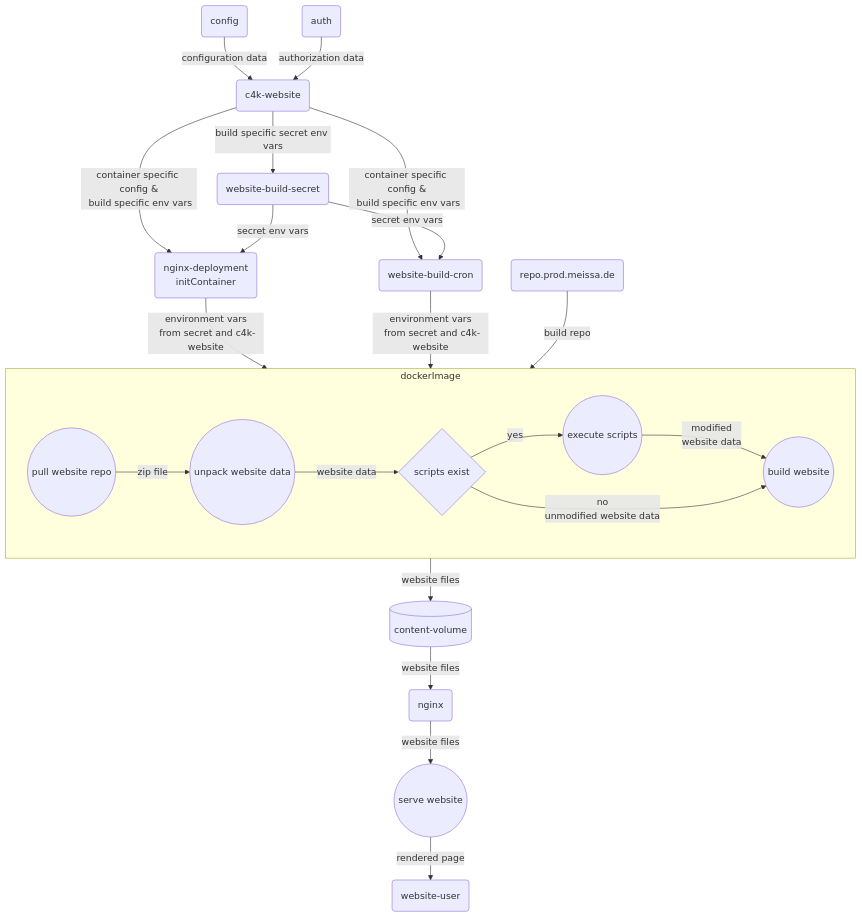
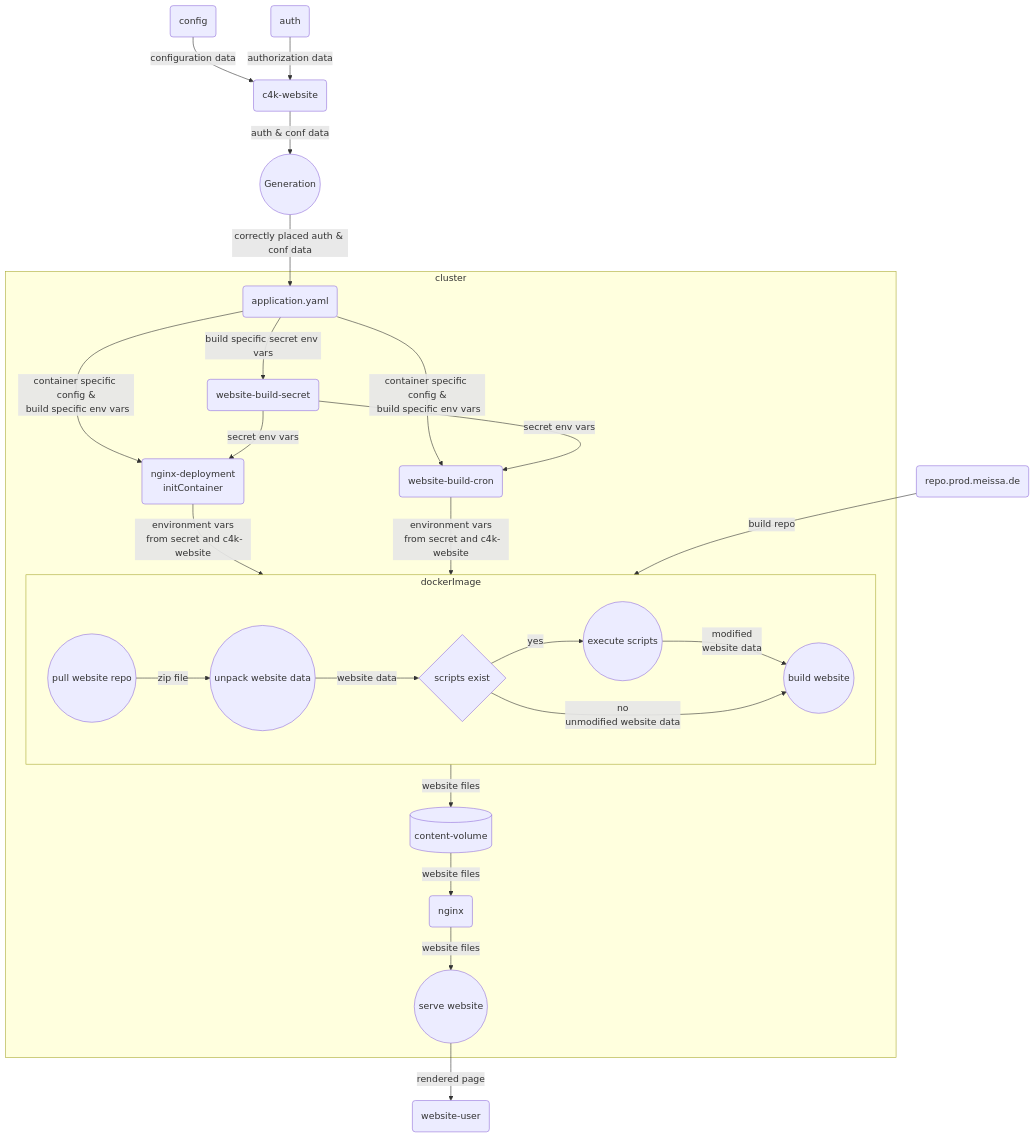
One commit to DomainDrivenArchitecture/c4k-website changed the diagram in doc/data-flow.md. Above: the diagram before and after it, drawn with Mermaid.

````diff
--- a/doc/data-flow.md
+++ b/doc/data-flow.md
@@ -3,37 +3,47 @@
 ```mermaid
 flowchart TB
     conf(config)
     auth(auth)
     c4k(c4k-website)
     sec(website-build-secret)
     depl(nginx-deployment\ninitContainer)
     cron(website-build-cron)
     repo(repo.prod.meissa.de)
     vol[(content-volume)]
     nginx(nginx)
     serve((serve website))
     user(website-user)
+    generate((Generation))
+    app(application.yaml)
+    build((build website))
+    pull((pull website repo))
+    unpack((unpack website data))
+    exec((execute scripts))
+    if0{scripts exist}
+
     subgraph dockerImage
-        build((build website))
-        pull((pull website repo))
-        unpack((unpack website data))
-        exec((execute scripts))
-        if0{scripts exist}
         pull -- zip file --> unpack
         unpack -- website data --> if0        
         if0 -- yes --> exec
         exec -- modified\n website data--> build
         if0 -- no\n unmodified website data --> build
     end
+
     conf -- configuration data --> c4k
     auth -- authorization data --> c4k
-    c4k -- container specific config &\n build specific env vars--> depl & cron
-    c4k -- build specific secret env vars --> sec
-    sec -- secret env vars --> depl & cron
-    depl & cron -- environment vars\n from secret and c4k-website --> dockerImage
+    c4k -- auth & conf data --> generate
+    generate -- correctly placed auth & conf data --> app 
+    
+    subgraph cluster    
+      app -- container specific config &\n build specific env vars--> depl & cron
+      app -- build specific secret env vars --> sec
+      sec -- secret env vars --> depl & cron
+      depl & cron -- environment vars\n from secret and c4k-website --> dockerImage
+      dockerImage -- website files --> vol
+      vol -- website files --> nginx
+      nginx -- website files --> serve
+    end
+
     repo -- build repo --> dockerImage
-    dockerImage -- website files --> vol
-    vol -- website files --> nginx
-    nginx -- website files --> serve
     serve -- rendered page --> user
 ```
````
